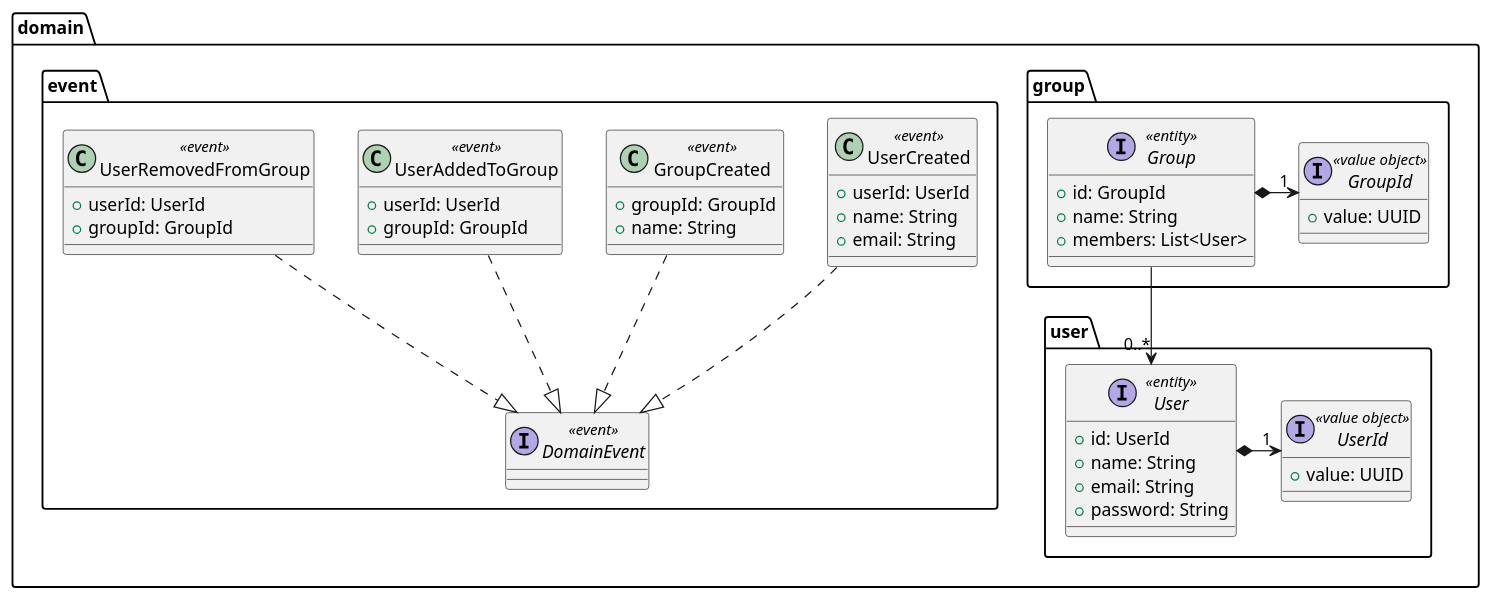
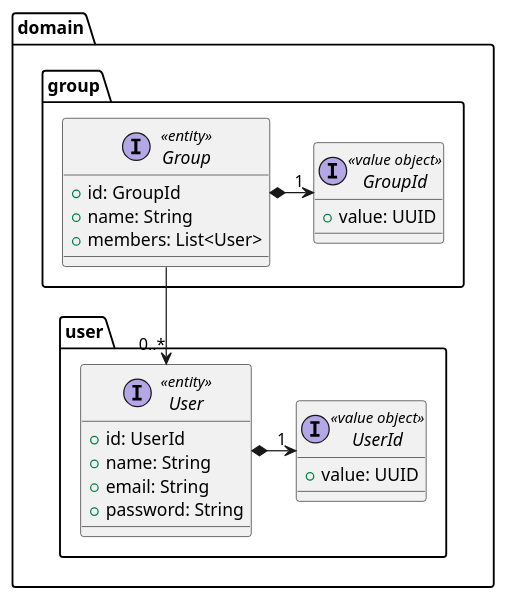
Before and after one commit to position-pal/Documentation: the first of 3 diagrams in content/docs/4-detailed-design/5-user-groups-service.md, drawn with PlantUML. The commit also changed other lines of this file and 13 other files, not shown here.

````diff
--- a/content/docs/4-detailed-design/5-user-groups-service.md
+++ b/content/docs/4-detailed-design/5-user-groups-service.md
@@ -18,59 +18,31 @@
 ```plantuml 
 @startuml user-group-service-structure
 package domain {
   package user {
     interface User <<entity>> {
       + id: UserId
       + name: String
       + email: String
       + password: String
     }
     interface UserId <<value object>> {
       + value: UUID
     }
     User *-right-> "1" UserId
   }
 
   package group {
     interface Group <<entity>> {
       + id: GroupId
       + name: String
       + members: List<User>
     }
     interface GroupId <<value object>> {
       + value: UUID
     }
     Group *-right-> "1" GroupId
     Group --> "0..*" User
   }
-  
-  package event {
-    interface DomainEvent <<event>> {
-    }
-    
-    class UserCreated <<event>> {
-      + userId: UserId
-      + name: String
-      + email: String
-    }
-    class GroupCreated <<event>> {
-      + groupId: GroupId
-      + name: String
-    }
-    class UserAddedToGroup <<event>> {
-      + userId: UserId
-      + groupId: GroupId
-    }
-    class UserRemovedFromGroup <<event>> {
-      + userId: UserId
-      + groupId: GroupId
-    }
-    
-    UserCreated ..|> DomainEvent
-    GroupCreated ..|> DomainEvent
-    UserAddedToGroup ..|> DomainEvent
-    UserRemovedFromGroup ..|> DomainEvent
-  }
 }
 @enduml
 ```
````
